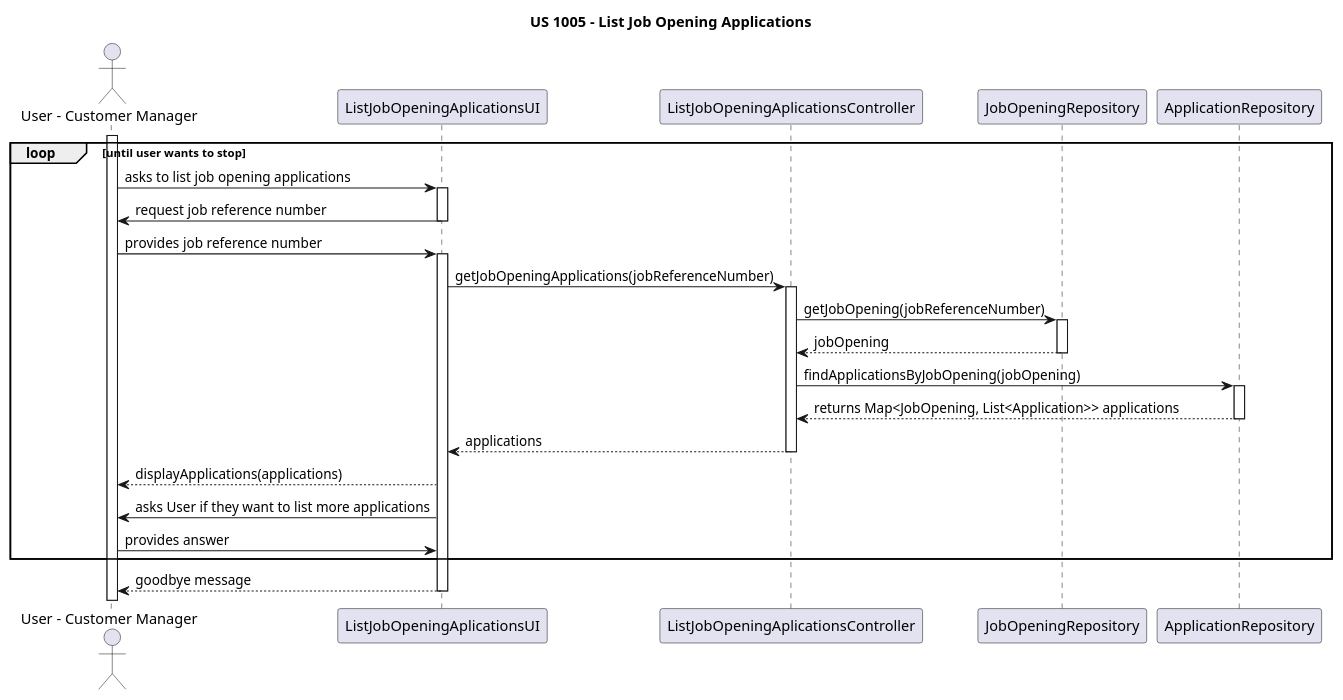
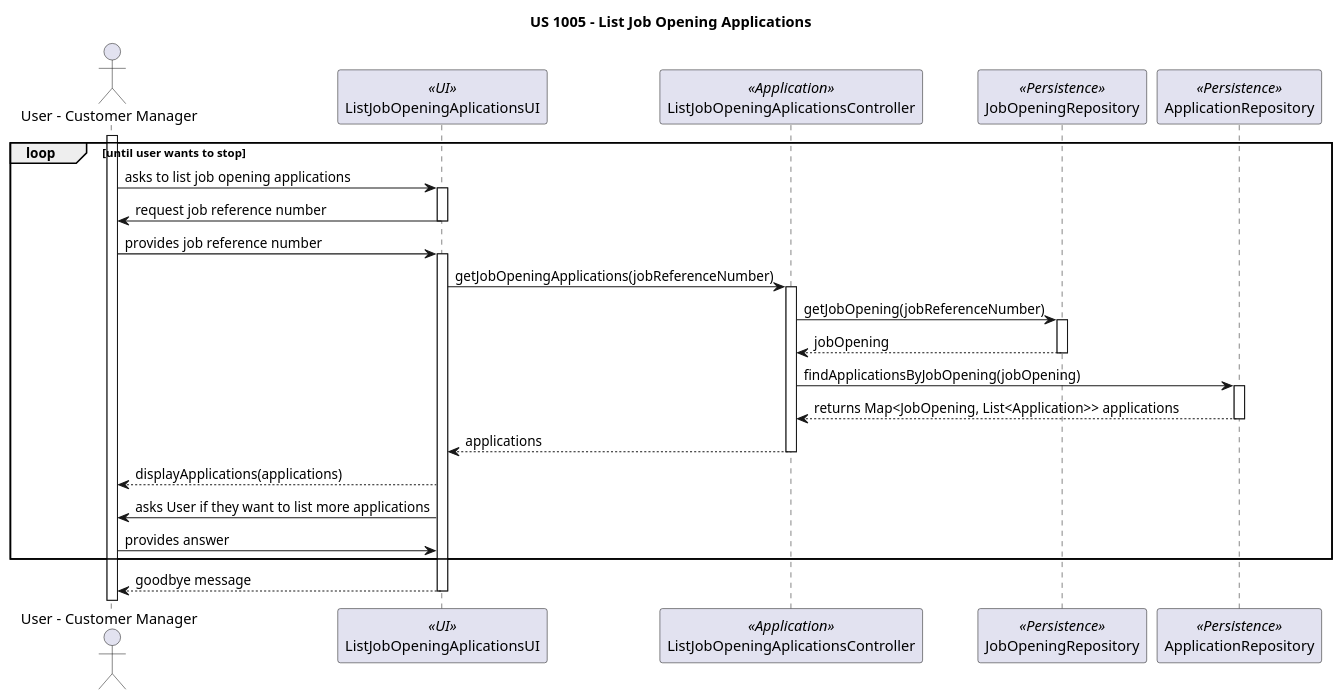
The diagram in docs/sprintB/1005/puml/1005-sequence-diagram.puml (marcoferreira37/Lapr4), drawn with PlantUML before and after one commit.

Commit message:
#22 - Small Design change for US 1005

```diff
--- a/docs/sprintB/1005/puml/1005-sequence-diagram.puml
+++ b/docs/sprintB/1005/puml/1005-sequence-diagram.puml
@@ -2,61 +2,61 @@
 @startuml
 
 title US 1005 - List Job Opening Applications
 
 actor "User - Customer Manager" as User
 
-participant "ListJobOpeningAplicationsUI" as UI
-participant "ListJobOpeningAplicationsController" as Controller
-participant "JobOpeningRepository" as Repository
-participant "ApplicationRepository" as ApplicationRepository
+participant "ListJobOpeningAplicationsUI" as UI <<UI>>
+participant "ListJobOpeningAplicationsController" as Controller <<Application>>
+participant "JobOpeningRepository" as Repository <<Persistence>>
+participant "ApplicationRepository" as ApplicationRepository <<Persistence>>
 
 
 
 loop until user wants to stop
 activate User
 
 User -> UI: asks to list job opening applications
 
 activate UI
 
 UI -> User: request job reference number
 
 deactivate UI
 
 User -> UI: provides job reference number
 
 activate UI
 
 UI -> Controller: getJobOpeningApplications(jobReferenceNumber)
 
 activate Controller
 
 Controller -> Repository: getJobOpening(jobReferenceNumber)
 activate Repository
 
 Repository --> Controller: jobOpening
 deactivate Repository
 
 Controller -> ApplicationRepository: findApplicationsByJobOpening(jobOpening)
 activate ApplicationRepository
 
 ApplicationRepository --> Controller:  returns Map<JobOpening, List<Application>> applications
 
 deactivate ApplicationRepository
 Controller --> UI: applications
 deactivate Controller
 
 UI --> User: displayApplications(applications)
 
 
 UI -> User : asks User if they want to list more applications
 
 User -> UI: provides answer
 
 end loop
 
 UI --> User: goodbye message
 
 deactivate UI
 
 @enduml
```
